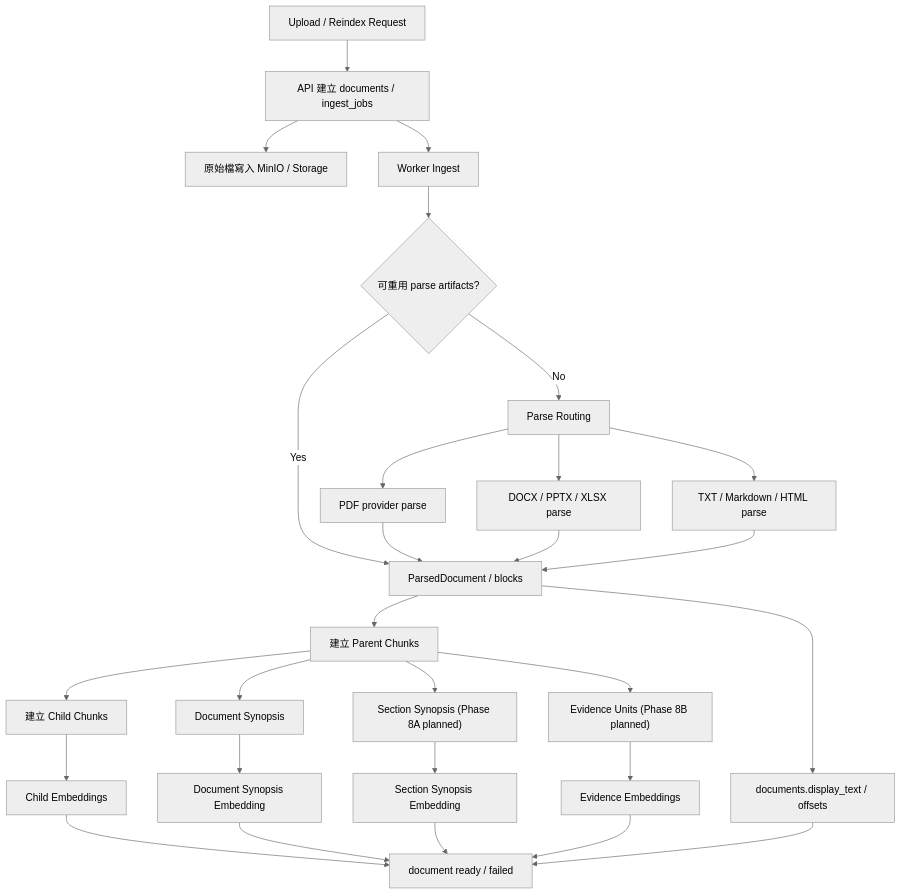
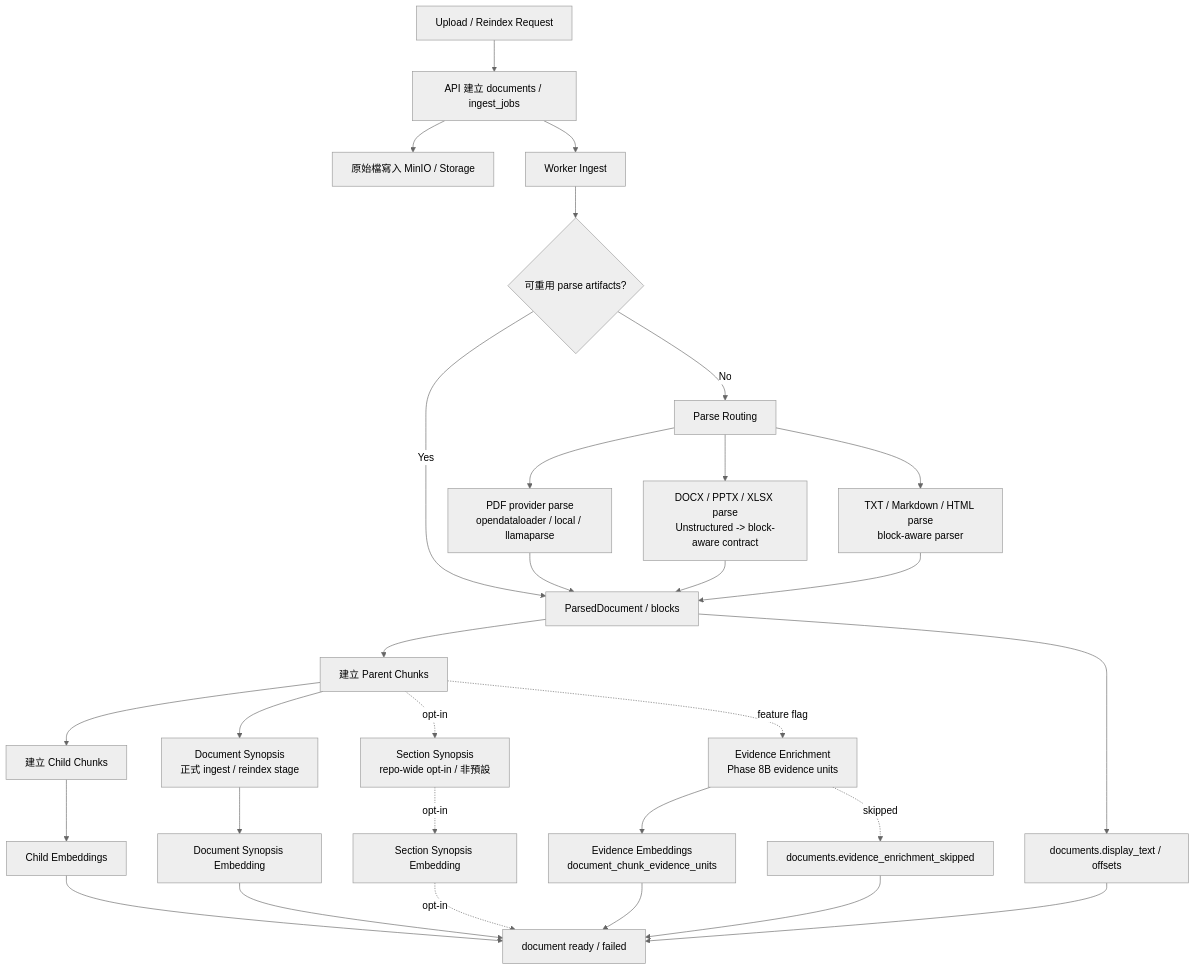
One commit to jASTARSEVEN/deep-agent-rag-stack changed the first of 2 diagrams in ARCHITECTURE.md. Above: the diagram before and after it, drawn with Mermaid (neutral theme). The commit also changed other lines of this file, not shown here.

Commit message:
Update flowchart

````diff
--- a/ARCHITECTURE.md
+++ b/ARCHITECTURE.md
@@ -95,37 +95,39 @@
 ```mermaid
 flowchart TD
     U["Upload / Reindex Request"] --> API["API 建立 documents / ingest_jobs"]
     API --> OBJ["原始檔寫入 MinIO / Storage"]
     API --> W["Worker Ingest"]
 
     W --> PA{"可重用 parse artifacts?"}
     PA -->|Yes| PD["重建 ParsedDocument"]
     PA -->|No| PR["Parse Routing"]
 
-    PR --> PDF["PDF provider parse"]
-    PR --> OFFICE["DOCX / PPTX / XLSX parse"]
-    PR --> TEXT["TXT / Markdown / HTML parse"]
+    PR --> PDF["PDF provider parse<br/>opendataloader / local / llamaparse"]
+    PR --> OFFICE["DOCX / PPTX / XLSX parse<br/>Unstructured -> block-aware contract"]
+    PR --> TEXT["TXT / Markdown / HTML parse<br/>block-aware parser"]
 
     PDF --> PD
     OFFICE --> PD
     TEXT --> PD
 
     PD["ParsedDocument / blocks"] --> PC["建立 Parent Chunks"]
     PC --> CC["建立 Child Chunks"]
-    PC --> DS["Document Synopsis"]
-    PC --> SS["Section Synopsis (Phase 8A planned)"]
-    PC --> EU["Evidence Units (Phase 8B planned)"]
+    PC --> DS["Document Synopsis<br/>正式 ingest / reindex stage"]
+    PC -. opt-in .-> SS["Section Synopsis<br/>repo-wide opt-in / 非預設"]
+    PC -. feature flag .-> EU["Evidence Enrichment<br/>Phase 8B evidence units"]
 
     CC --> CE["Child Embeddings"]
     DS --> DE["Document Synopsis Embedding"]
-    SS --> SE["Section Synopsis Embedding"]
-    EU --> EE["Evidence Embeddings"]
+    SS -. opt-in .-> SE["Section Synopsis Embedding"]
+    EU --> EE["Evidence Embeddings<br/>document_chunk_evidence_units"]
+    EU -. skipped .-> ESKIP["documents.evidence_enrichment_skipped"]
 
     PD --> DT["documents.display_text / offsets"]
 
     CE --> READY["document ready / failed"]
     DE --> READY
-    SE --> READY
+    SE -. opt-in .-> READY
     EE --> READY
+    ESKIP --> READY
     DT --> READY
 ```
````
